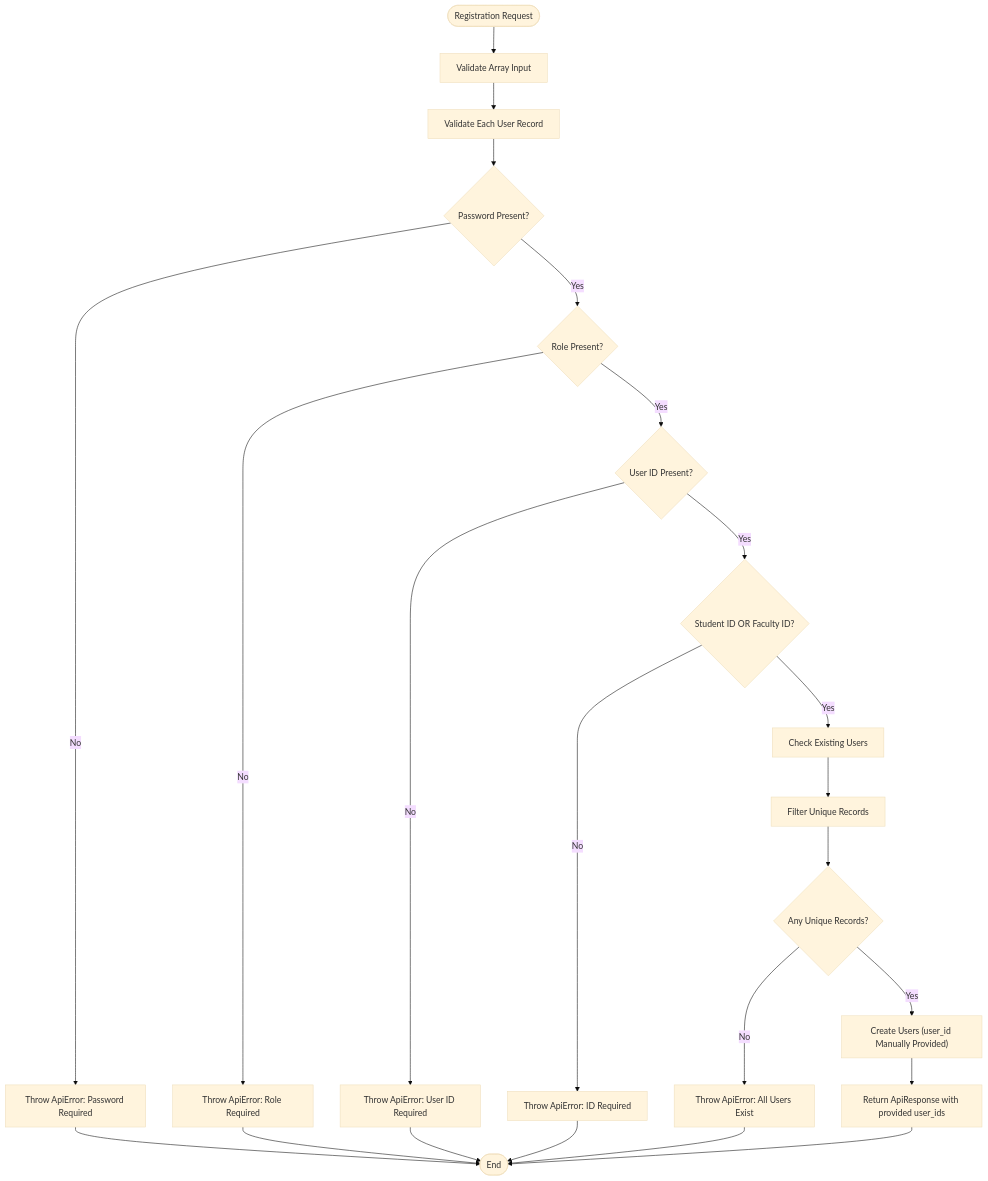
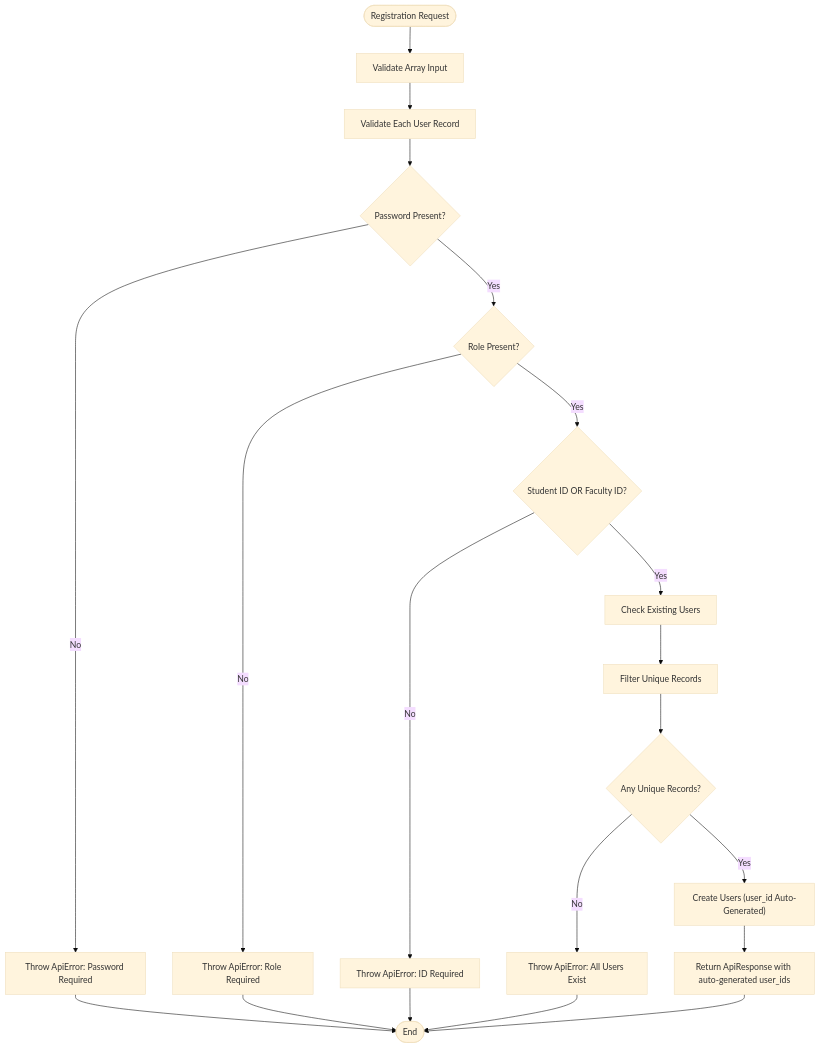
One commit to Aryan9060/Timetable-Project changed the fourth of 9 diagrams in .qoder/repowiki/en/content/Data Models & Database Schema/Core User Model.md. Above: the diagram before and after it, drawn with Mermaid (base theme). The commit also changed other lines of this file and 22 other files, not shown here.

First line of the commit message:
feat(auth): update authentication to use user_id with auto-generation hook

````diff
--- a/.qoder/repowiki/en/content/Data Models & Database Schema/Core User Model.md
+++ b/.qoder/repowiki/en/content/Data Models & Database Schema/Core User Model.md
@@ -209,25 +226,22 @@
 ```mermaid
 flowchart TD
 Start([Registration Request]) --> ValidateArray["Validate Array Input"]
 ValidateArray --> ValidateEach["Validate Each User Record"]
 ValidateEach --> CheckPassword{"Password Present?"}
 CheckPassword --> |No| ErrorPassword["Throw ApiError: Password Required"]
 CheckPassword --> |Yes| CheckRole{"Role Present?"}
 CheckRole --> |No| ErrorRole["Throw ApiError: Role Required"]
-CheckRole --> |Yes| CheckUserId{"User ID Present?"}
-CheckUserId --> |No| ErrorUserId["Throw ApiError: User ID Required"]
-CheckUserId --> |Yes| CheckId{"Student ID OR Faculty ID?"}
+CheckRole --> |Yes| CheckId{"Student ID OR Faculty ID?"}
 CheckId --> |No| ErrorId["Throw ApiError: ID Required"]
 CheckId --> |Yes| CheckDuplicates["Check Existing Users"]
 CheckDuplicates --> FilterUnique["Filter Unique Records"]
 FilterUnique --> HasUnique{"Any Unique Records?"}
 HasUnique --> |No| ErrorExists["Throw ApiError: All Users Exist"]
-HasUnique --> |Yes| CreateUser["Create Users (user_id Manually Provided)"]
-CreateUser --> Success["Return ApiResponse with provided user_ids"]
+HasUnique --> |Yes| CreateUser["Create Users (user_id Auto-Generated)"]
+CreateUser --> Success["Return ApiResponse with auto-generated user_ids"]
 ErrorPassword --> End([End])
 ErrorRole --> End
-ErrorUserId --> End
 ErrorId --> End
 ErrorExists --> End
 Success --> End
 ```
````
